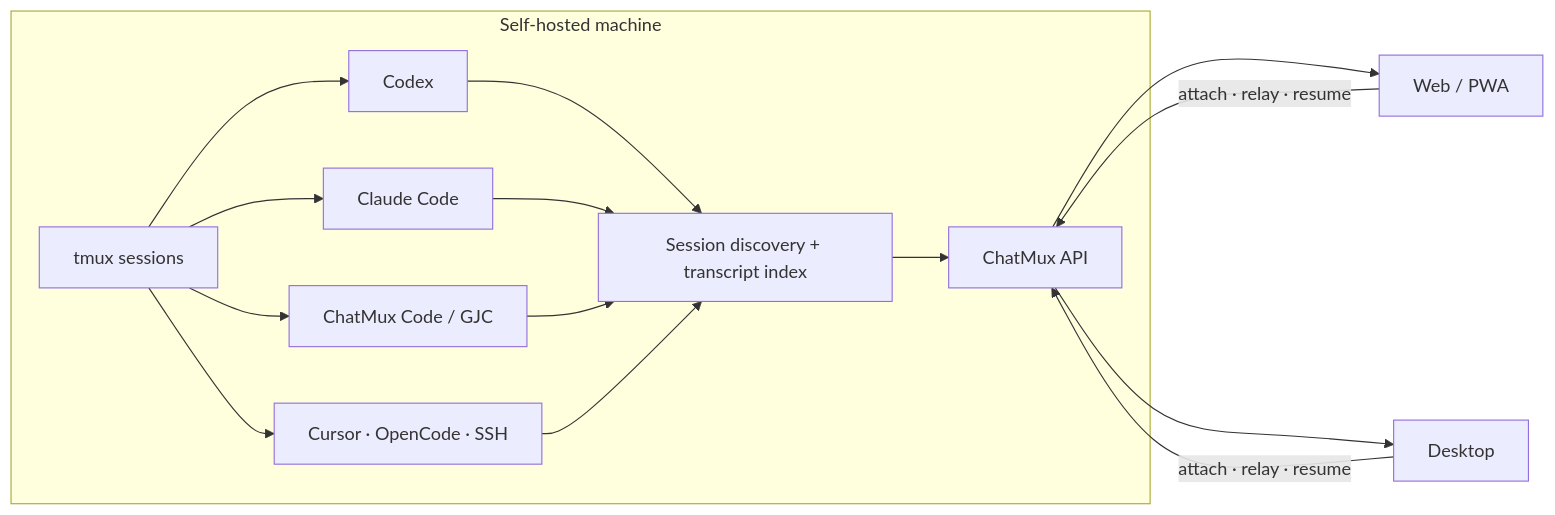
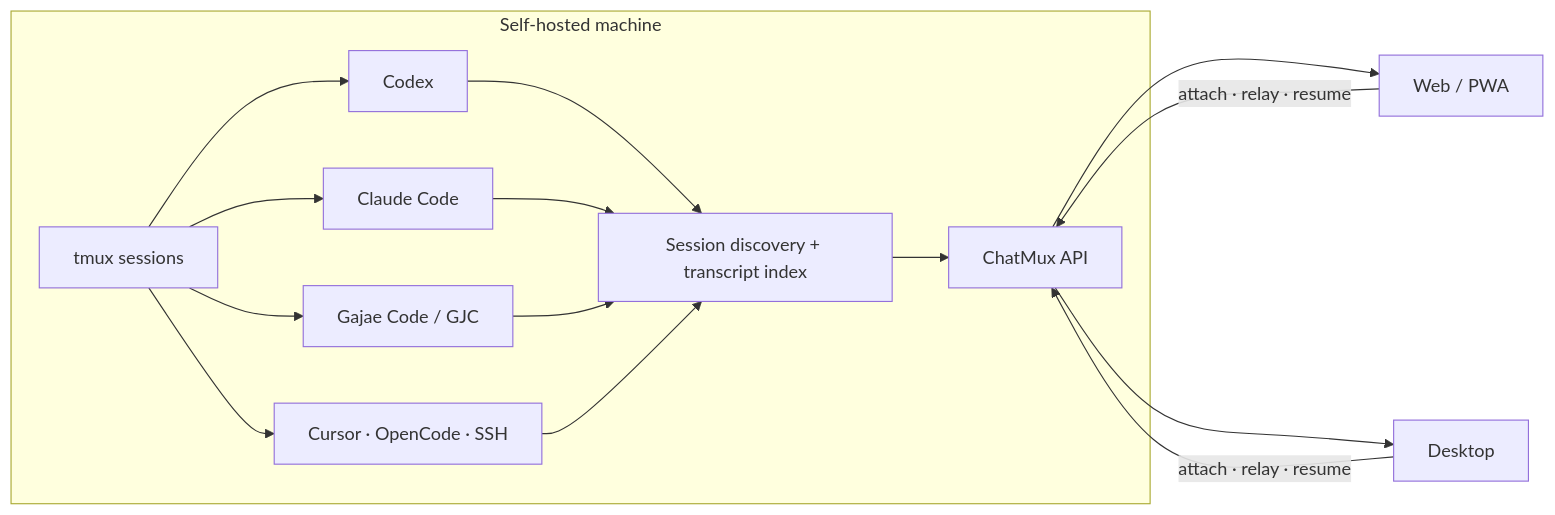
One commit to devswha/chatmux changed the diagram in README.md. Above: the diagram before and after it, drawn with Mermaid. The commit also changed other lines of this file and 14 other files, not shown here.

Commit message:
fix: restore Gajae Code provider identity

````diff
--- a/README.md
+++ b/README.md
@@ -37,27 +38,27 @@
 ```mermaid
 flowchart LR
   subgraph Host[Self-hosted machine]
     TMUX[tmux sessions]
     CODEX[Codex]
     CLAUDE[Claude Code]
-    GJC[ChatMux Code / GJC]
+    GJC[Gajae Code / GJC]
     OTHER[Cursor · OpenCode · SSH]
     INDEX[Session discovery + transcript index]
     API[ChatMux API]
 
     TMUX --> CODEX
     TMUX --> CLAUDE
     TMUX --> GJC
     TMUX --> OTHER
     CODEX --> INDEX
     CLAUDE --> INDEX
     GJC --> INDEX
     OTHER --> INDEX
     INDEX --> API
   end
 
   API --> WEB[Web / PWA]
   API --> DESKTOP[Desktop]
   WEB -->|attach · relay · resume| API
   DESKTOP -->|attach · relay · resume| API
 ```
````
